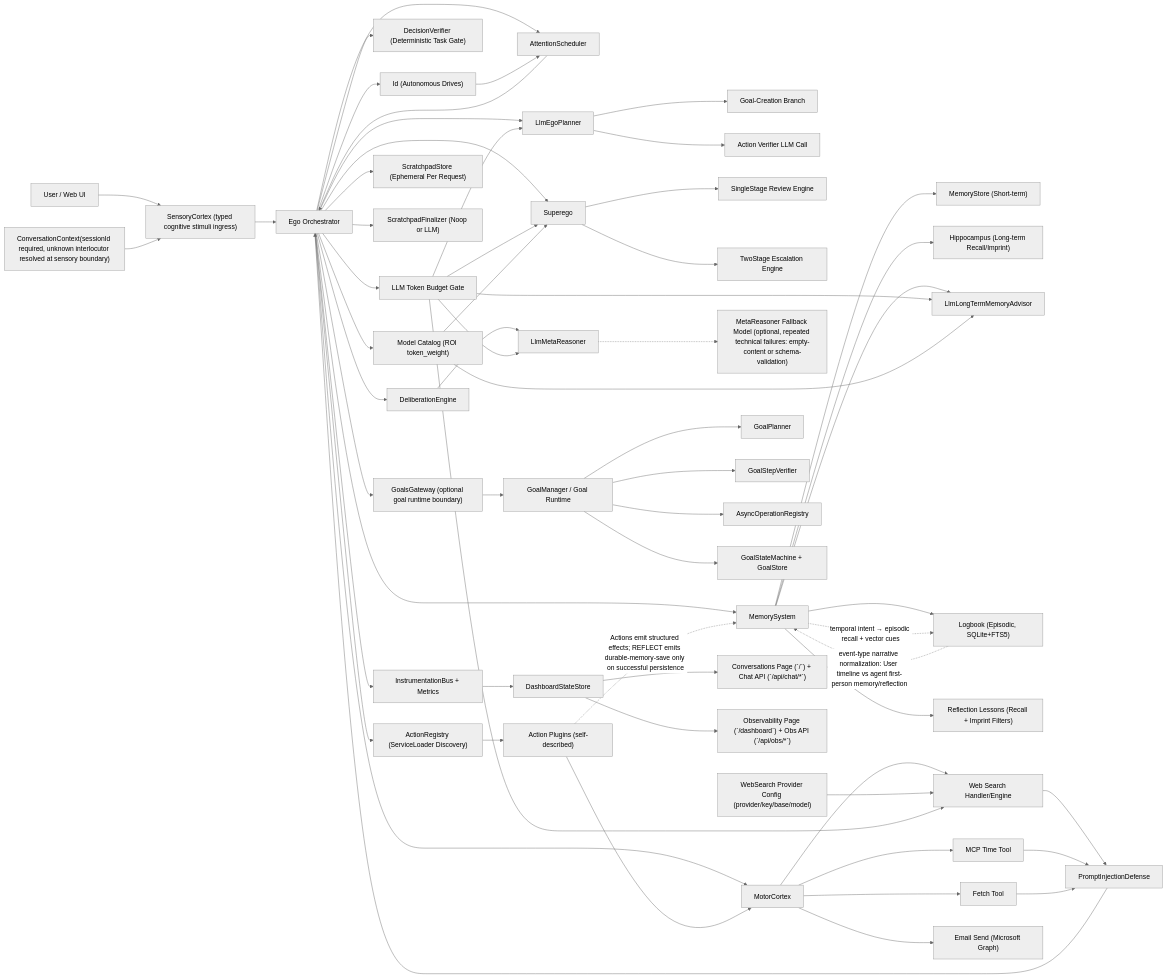
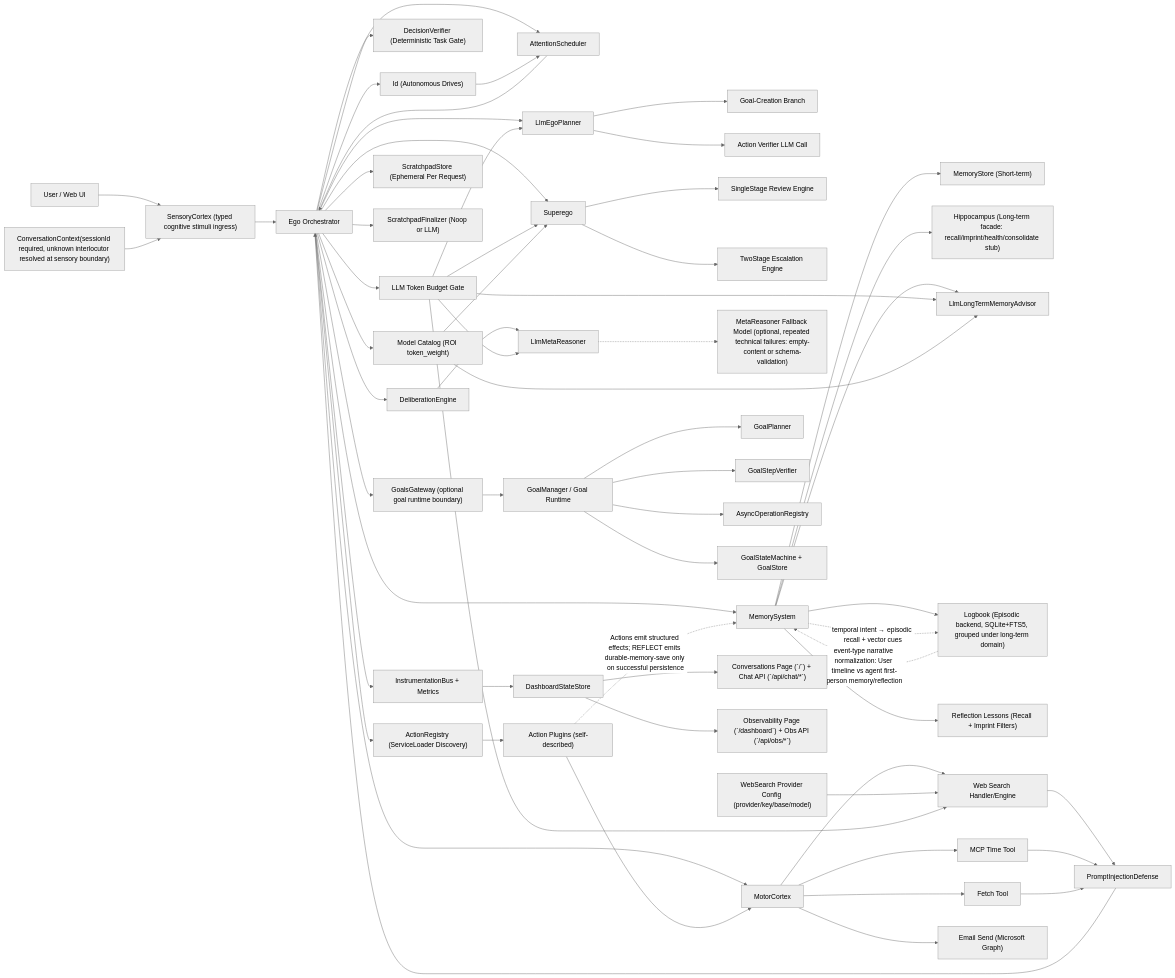
One commit to neopsyke/NeoPsyke changed the first of 7 diagrams in AGENT_LOGIC_DIAGRAM.md. Above: the diagram before and after it, drawn with Mermaid (neutral theme). The commit also changed 39 other files, not shown here.

````diff
--- a/AGENT_LOGIC_DIAGRAM.md
+++ b/AGENT_LOGIC_DIAGRAM.md
@@ -8,71 +8,71 @@
 ```mermaid
 flowchart LR
     U["User / Web UI"] --> SC["SensoryCortex (typed cognitive stimuli ingress)"]
     SC --> E["Ego Orchestrator"]
     NoteCtx["ConversationContext(sessionId required, unknown interlocutor resolved at sensory boundary)"] --> SC
 
     E --> AS["AttentionScheduler"]
     AS --> E
     ID["Id (Autonomous Drives)"] --> AS
     E --> ID
 
     E --> P["LlmEgoPlanner"]
     P --> GBR["Goal-Creation Branch"]
     P --> AV["Action Verifier LLM Call"]
     E --> TV["DecisionVerifier (Deterministic Task Gate)"]
     E --> S["Superego"]
     S --> S1["SingleStage Review Engine"]
     S --> S2["TwoStage Escalation Engine"]
     E --> AR["ActionRegistry (ServiceLoader Discovery)"]
     E --> M["MotorCortex"]
     E --> BG["LLM Token Budget Gate"]
     E --> MCat["Model Catalog (ROI token_weight)"]
 
     E --> DE["DeliberationEngine"]
     DE --> MR["LlmMetaReasoner"]
     MR -.-> MRF["MetaReasoner Fallback Model (optional, repeated technical failures: empty-content or schema-validation)"]
 
     E --> MC["MemorySystem"]
     MC --> MS["MemoryStore (Short-term)"]
-    MC --> H["Hippocampus (Long-term Recall/Imprint)"]
+    MC --> H["Hippocampus (Long-term facade: recall/imprint/health/consolidate stub)"]
     MC --> LTM["LlmLongTermMemoryAdvisor"]
-    MC --> LB["Logbook (Episodic, SQLite+FTS5)"]
+    MC --> LB["Logbook (Episodic backend, SQLite+FTS5, grouped under long-term domain)"]
     LB -.->|"event-type narrative normalization: User timeline vs agent first-person memory/reflection"| MC
     MC --> RL["Reflection Lessons (Recall + Imprint Filters)"]
     MC -.->|"temporal intent → episodic recall + vector cues"| LB
     E --> TWS["ScratchpadStore (Ephemeral Per Request)"]
     E --> TWF["ScratchpadFinalizer (Noop or LLM)"]
     E --> PG["GoalsGateway (optional goal runtime boundary)"]
     PG --> PM["GoalManager / Goal Runtime"]
     PM --> PP["GoalPlanner"]
     PM --> PV["GoalStepVerifier"]
     PM --> AOR["AsyncOperationRegistry"]
     PM --> PS["GoalStateMachine + GoalStore"]
 
     AR --> AP["Action Plugins (self-described)"]
     AP --> M
     AP -.->|"Actions emit structured effects; REFLECT emits durable-memory-save only on successful persistence"| MC
 
     M --> WS["Web Search Handler/Engine"]
     CfgWS["WebSearch Provider Config (provider/key/base/model)"] --> WS
     M --> MT["MCP Time Tool"]
     M --> MF["Fetch Tool"]
     M --> EM["Email Send (Microsoft Graph)"]
     WS --> PID["PromptInjectionDefense"]
     MT --> PID
     MF --> PID
     PID --> E
 
     BG --> P
     BG --> S
     BG --> MR
     BG --> LTM
     BG --> WS
     MCat --> S
     MCat --> LTM
 
     E --> I["InstrumentationBus + Metrics"]
     I --> DS["DashboardStateStore"]
     DS --> CP["Conversations Page (`/`) + Chat API (`/api/chat/*`)"]
     DS --> OP["Observability Page (`/dashboard`) + Obs API (`/api/obs/*`)"]
 ```
````
